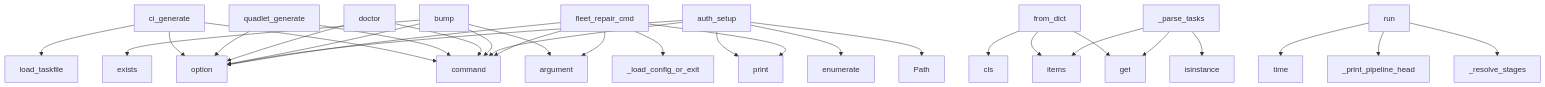
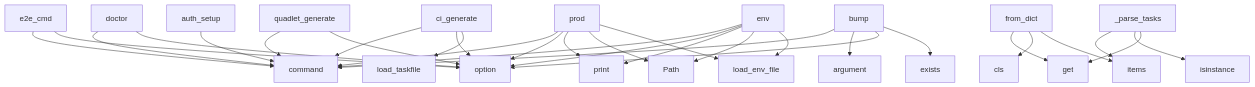
The diagram in project/context.md (pyfunc/taskfile), drawn with Mermaid before and after one commit. The commit also changed other lines of this file and 26 other files, not shown here.

````diff
--- a/project/context.md
+++ b/project/context.md
@@ -708,33 +759,33 @@
 ```mermaid
 graph TD
+    e2e_cmd --> command
+    e2e_cmd --> option
+    prod --> command
+    prod --> option
+    prod --> print
+    prod --> Path
+    prod --> load_env_file
     ci_generate --> command
     ci_generate --> option
     ci_generate --> load_taskfile
+    doctor --> command
+    doctor --> option
     quadlet_generate --> command
     quadlet_generate --> option
-    doctor --> command
-    doctor --> option
     from_dict --> get
     from_dict --> cls
     from_dict --> items
+    env --> command
+    env --> option
+    env --> print
+    env --> Path
+    env --> load_env_file
     bump --> command
     bump --> argument
     bump --> option
     bump --> exists
     _parse_tasks --> items
     _parse_tasks --> isinstance
     _parse_tasks --> get
     auth_setup --> command
-    auth_setup --> option
-    auth_setup --> print
-    auth_setup --> Path
-    auth_setup --> enumerate
-    fleet_repair_cmd --> command
-    fleet_repair_cmd --> argument
-    fleet_repair_cmd --> option
-    fleet_repair_cmd --> _load_config_or_exit
-    fleet_repair_cmd --> print
-    run --> _resolve_stages
-    run --> _print_pipeline_head
-    run --> time
 ```
````
